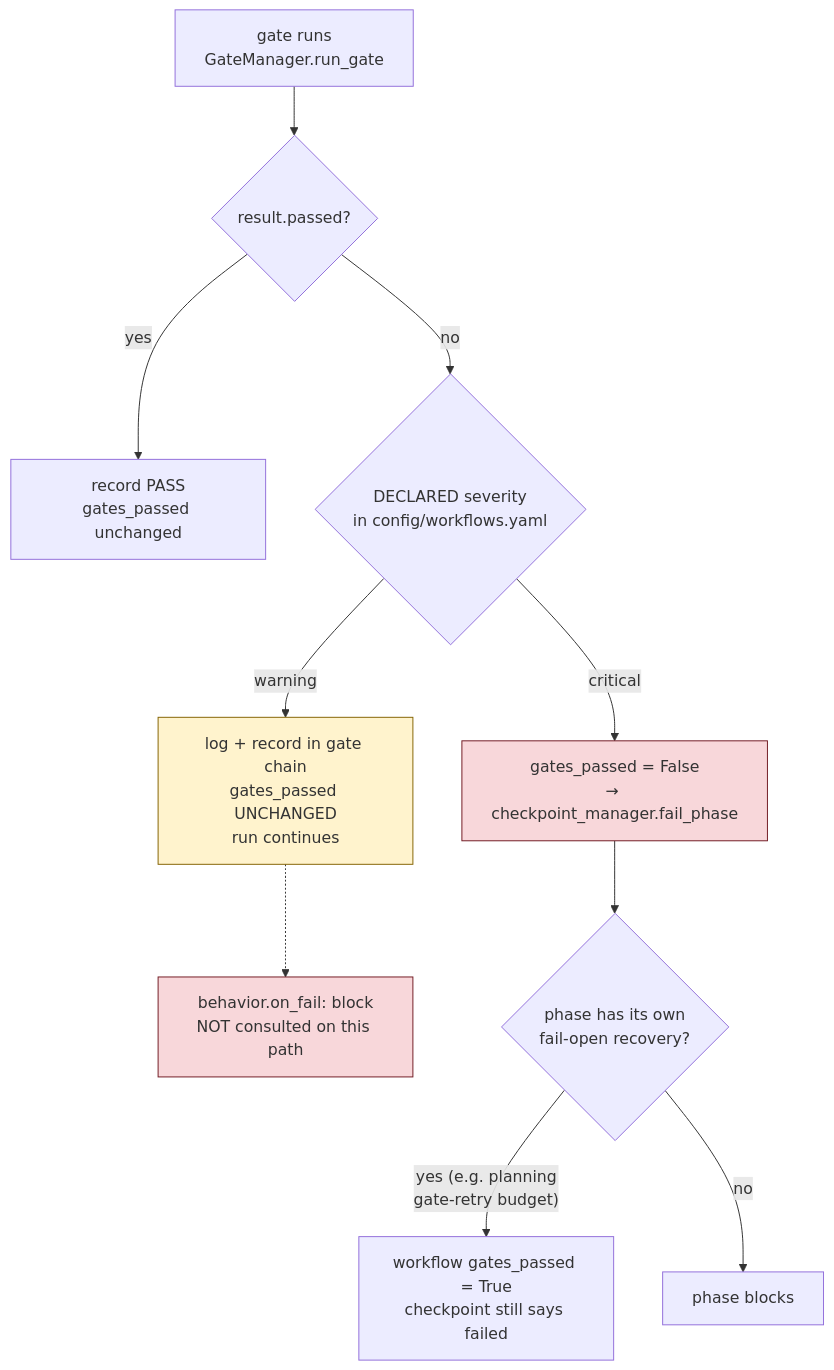
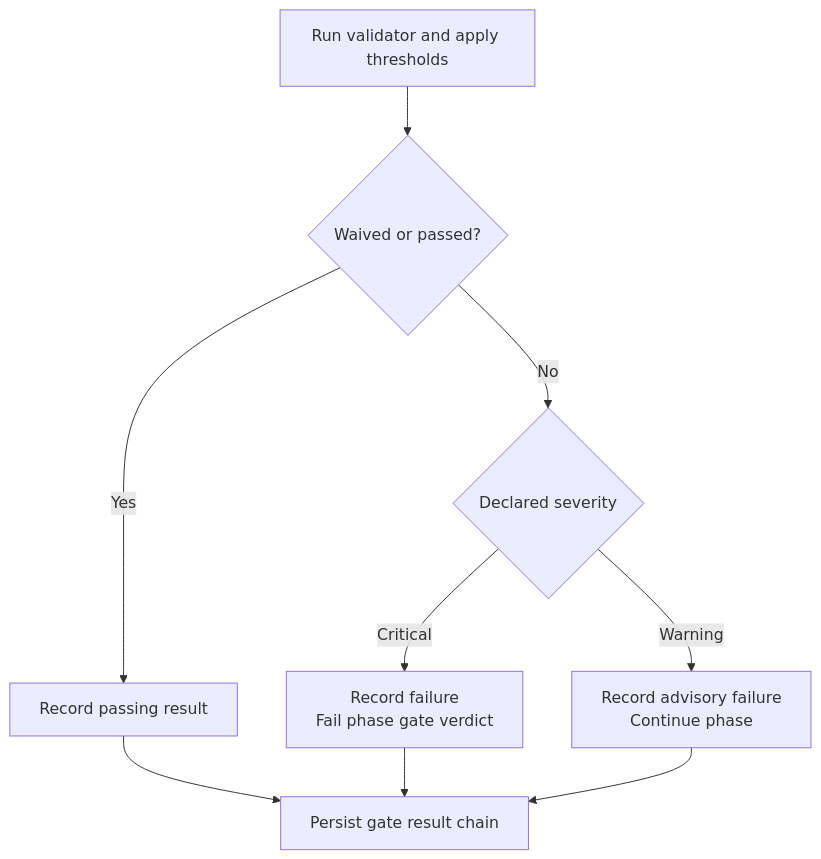
The diagram in docs/architecture/ADR-005-gate-severity-blocking.md (mdmurphy822/Ed4All), drawn with Mermaid before and after one commit. The commit also changed other lines of this file, not shown here.

Commit message:
docs(architecture): rebuild gate severity decision

````diff
--- a/docs/architecture/ADR-005-gate-severity-blocking.md
+++ b/docs/architecture/ADR-005-gate-severity-blocking.md
@@ -143,19 +53,11 @@
 ```mermaid
 flowchart TD
-    G["gate runs<br/>GateManager.run_gate"] --> P{"result.passed?"}
-    P -- yes --> OK["record PASS<br/>gates_passed unchanged"]
-    P -- no --> S{"DECLARED severity<br/>in config/workflows.yaml"}
-
-    S -- critical --> CR["gates_passed = False<br/>→ checkpoint_manager.fail_phase"]
-    S -- warning --> WR["log + record in gate chain<br/>gates_passed UNCHANGED<br/>run continues"]
-
-    WR -.-> NB["behavior.on_fail: block<br/>NOT consulted on this path"]
-
-    CR --> RC{"phase has its own<br/>fail-open recovery?"}
-    RC -- "yes (e.g. planning<br/>gate-retry budget)" --> FO["workflow gates_passed = True<br/>checkpoint still says failed"]
-    RC -- no --> STOP["phase blocks"]
-
-    style NB fill:#f8d7da,stroke:#721c24
-    style WR fill:#fff3cd,stroke:#856404
-    style CR fill:#f8d7da,stroke:#721c24
+    A["Run validator and apply thresholds"] --> B{"Waived or passed?"}
+    B -- Yes --> C["Record passing result"]
+    B -- No --> D{"Declared severity"}
+    D -- Critical --> E["Record failure<br/>Fail phase gate verdict"]
+    D -- Warning --> F["Record advisory failure<br/>Continue phase"]
+    C --> G["Persist gate result chain"]
+    E --> G
+    F --> G
 ```
````
